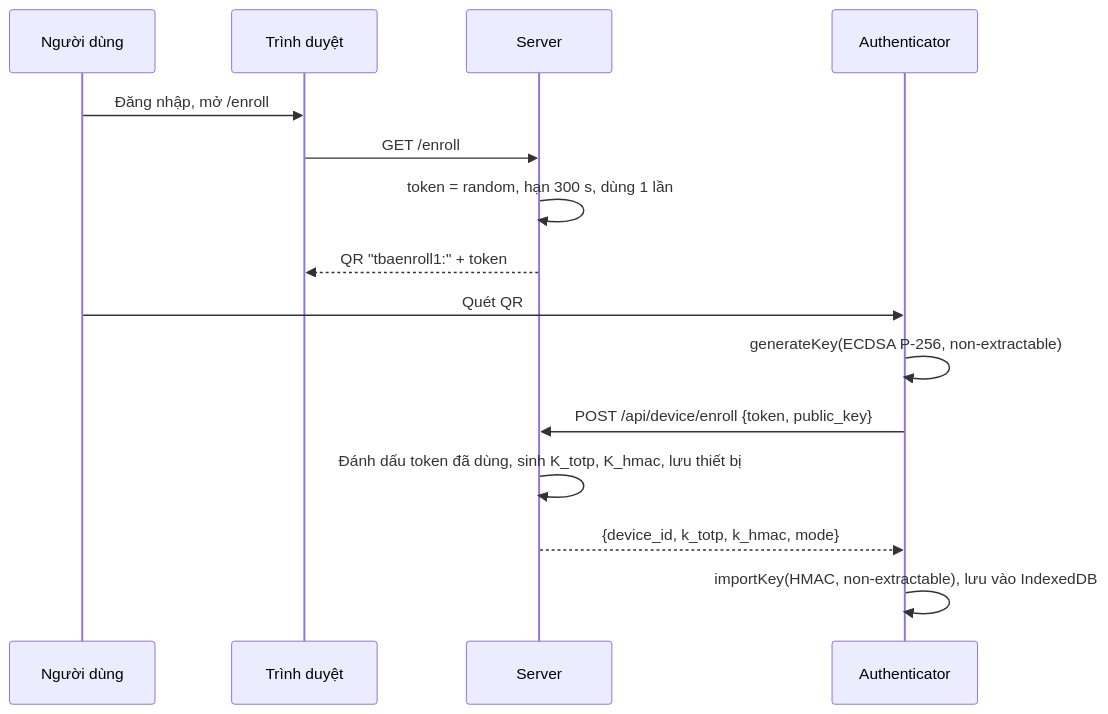
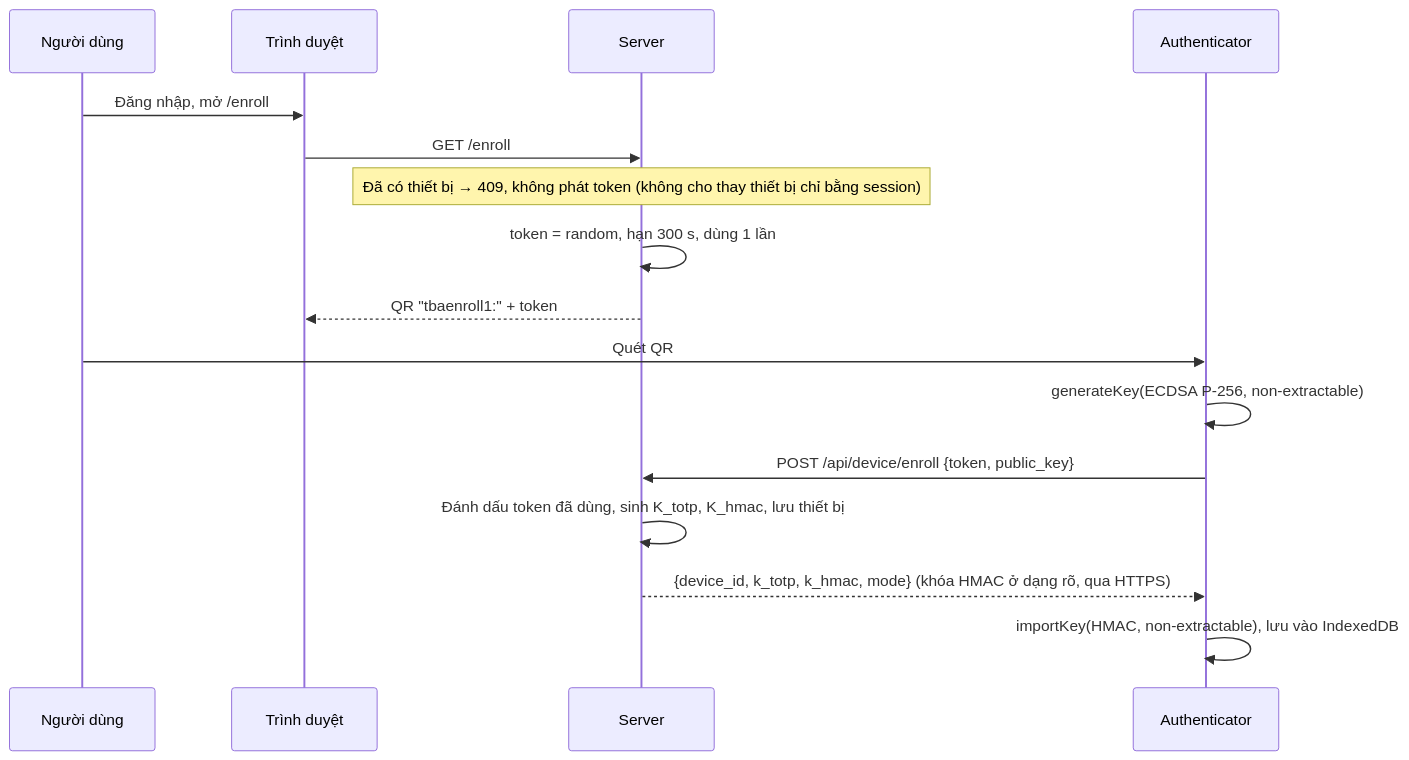
The third of 7 diagrams in docs/architecture.md (viethoang2503/bank-transaction-cryptography), drawn with Mermaid before and after one commit. The commit also changed other lines of this file and 4 other files, not shown here.

First line of the commit message:
docs: sync spec, architecture and plans with enrollment and retry rules

````diff
--- a/docs/architecture.md
+++ b/docs/architecture.md
@@ -62,17 +62,18 @@
 ```mermaid
 sequenceDiagram
   participant U as Người dùng
   participant B as Trình duyệt
   participant S as Server
   participant P as Authenticator
   U->>B: Đăng nhập, mở /enroll
   B->>S: GET /enroll
+  Note over S: Đã có thiết bị → 409, không phát token (không cho thay thiết bị chỉ bằng session)
   S->>S: token = random, hạn 300 s, dùng 1 lần
   S-->>B: QR "tbaenroll1:" + token
   U->>P: Quét QR
   P->>P: generateKey(ECDSA P-256, non-extractable)
   P->>S: POST /api/device/enroll {token, public_key}
   S->>S: Đánh dấu token đã dùng, sinh K_totp, K_hmac, lưu thiết bị
-  S-->>P: {device_id, k_totp, k_hmac, mode}
+  S-->>P: {device_id, k_totp, k_hmac, mode} (khóa HMAC ở dạng rõ, qua HTTPS)
   P->>P: importKey(HMAC, non-extractable), lưu vào IndexedDB
 ```
````
